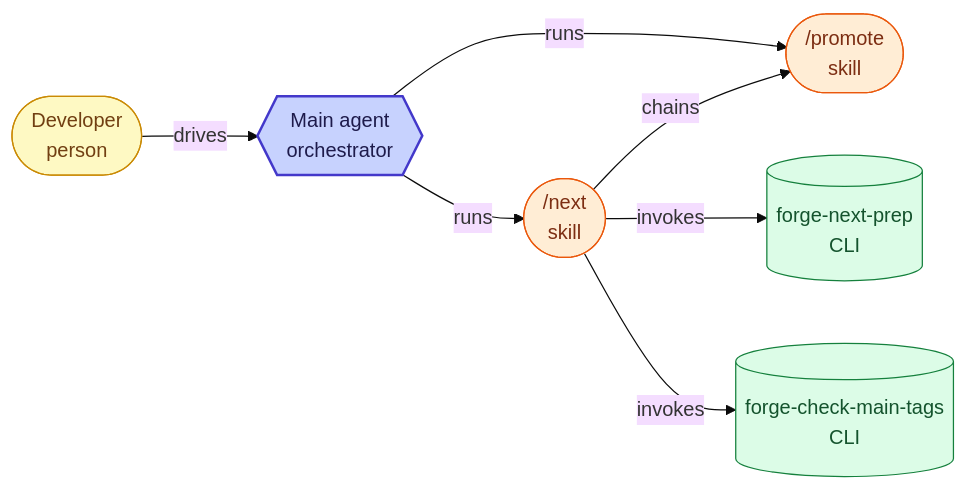
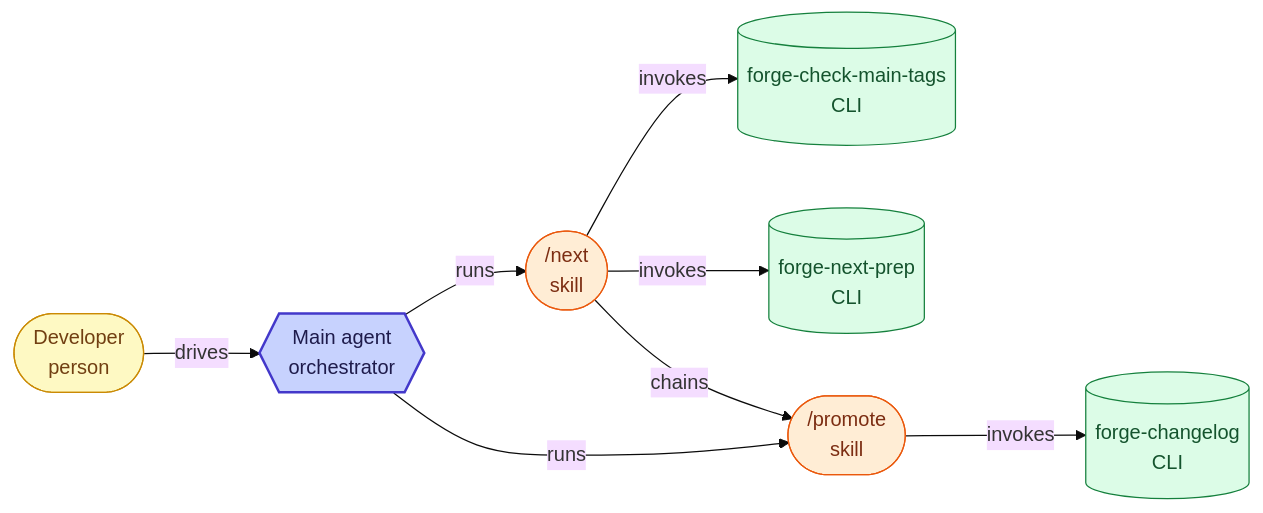
One commit to misnaej/forge changed the fourth of 7 diagrams in docs/agent-architecture.md. Above: the diagram before and after it, drawn with Mermaid (base theme). The commit also changed other lines of this file and 71 other files, not shown here.

````diff
--- a/docs/agent-architecture.md
+++ b/docs/agent-architecture.md
@@ -264,30 +283,33 @@
 ```mermaid
 graph LR
   classDef person fill:#fef9c3,stroke:#ca8a04,color:#713f12
   classDef agent fill:#ede9fe,stroke:#7c3aed,color:#4c1d95
   classDef skill fill:#ffedd5,stroke:#ea580c,color:#7c2d12
   classDef hook fill:#fee2e2,stroke:#dc2626,color:#7f1d1d
   classDef cli fill:#dcfce7,stroke:#15803d,color:#14532d
   classDef policy fill:#f1f5f9,stroke:#64748b,color:#334155
   classDef orchestrator fill:#c7d2fe,stroke:#4338ca,color:#1e1b4b,stroke-width:2px
   classDef reporter stroke-dasharray:5 3
   classDef mutator stroke-width:3px
   human(["Developer<br/>person"])
   main_agent{{"Main agent<br/>orchestrator"}}
   human -->|drives| main_agent
   cli_forge_check_main_tags[("forge-check-main-tags<br/>CLI")]
   cli_forge_next_prep[("forge-next-prep<br/>CLI")]
+  cli_forge_changelog[("forge-changelog<br/>CLI")]
   sk_next(["/next<br/>skill"])
   sk_promote(["/promote<br/>skill"])
   main_agent -->|runs| sk_next
   main_agent -->|runs| sk_promote
   sk_next -->|chains| sk_promote
   sk_next -->|invokes| cli_forge_next_prep
   sk_next -->|invokes| cli_forge_check_main_tags
+  sk_promote -->|invokes| cli_forge_changelog
   class human person
   class main_agent orchestrator
   class cli_forge_check_main_tags cli
   class cli_forge_next_prep cli
+  class cli_forge_changelog cli
   class sk_next skill
   class sk_promote skill
 ```
````
